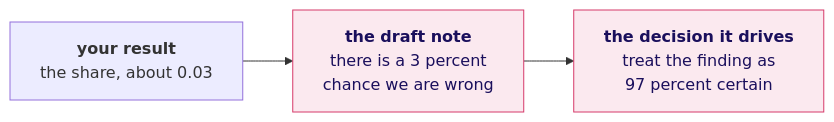
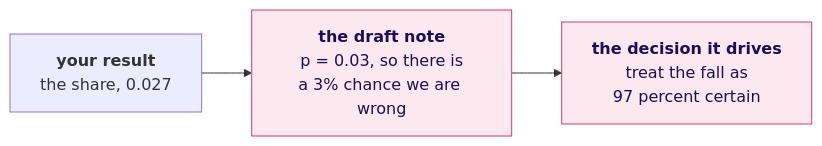
The seventh of 32 diagrams in content/W01/D4/slides/C2_W01_D04_half1_STUDENT.md (fde-academy-lab/c2-content-factory), drawn with Mermaid before and after one commit. The commit also changed other lines of this file and 13 other files, not shown here.

````diff
--- a/content/W01/D4/slides/C2_W01_D04_half1_STUDENT.md
+++ b/content/W01/D4/slides/C2_W01_D04_half1_STUDENT.md
@@ -341,7 +356,7 @@
 ```mermaid
 flowchart LR
-    R["<b>your result</b><br/>the share, about 0.03"] --> W["<b>the draft note</b><br/>there is a 3 percent<br/>chance we are wrong"]
-    W --> D["<b>the decision it drives</b><br/>treat the finding as<br/>97 percent certain"]
+    R["<b>your result</b><br/>the share, 0.027"] --> W["<b>the draft note</b><br/>p = 0.03, so there is<br/>a 3% chance we are wrong"]
+    W --> D["<b>the decision it drives</b><br/>treat the fall as<br/>97 percent certain"]
     classDef bad fill:#FBE9EF,stroke:#D63A6A,color:#1A0F5C
     class W,D bad
 ```
````
